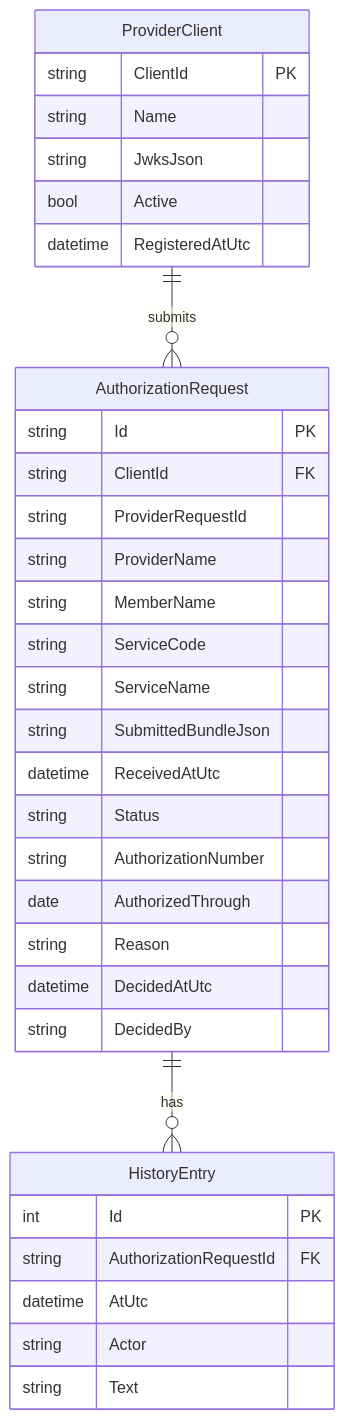
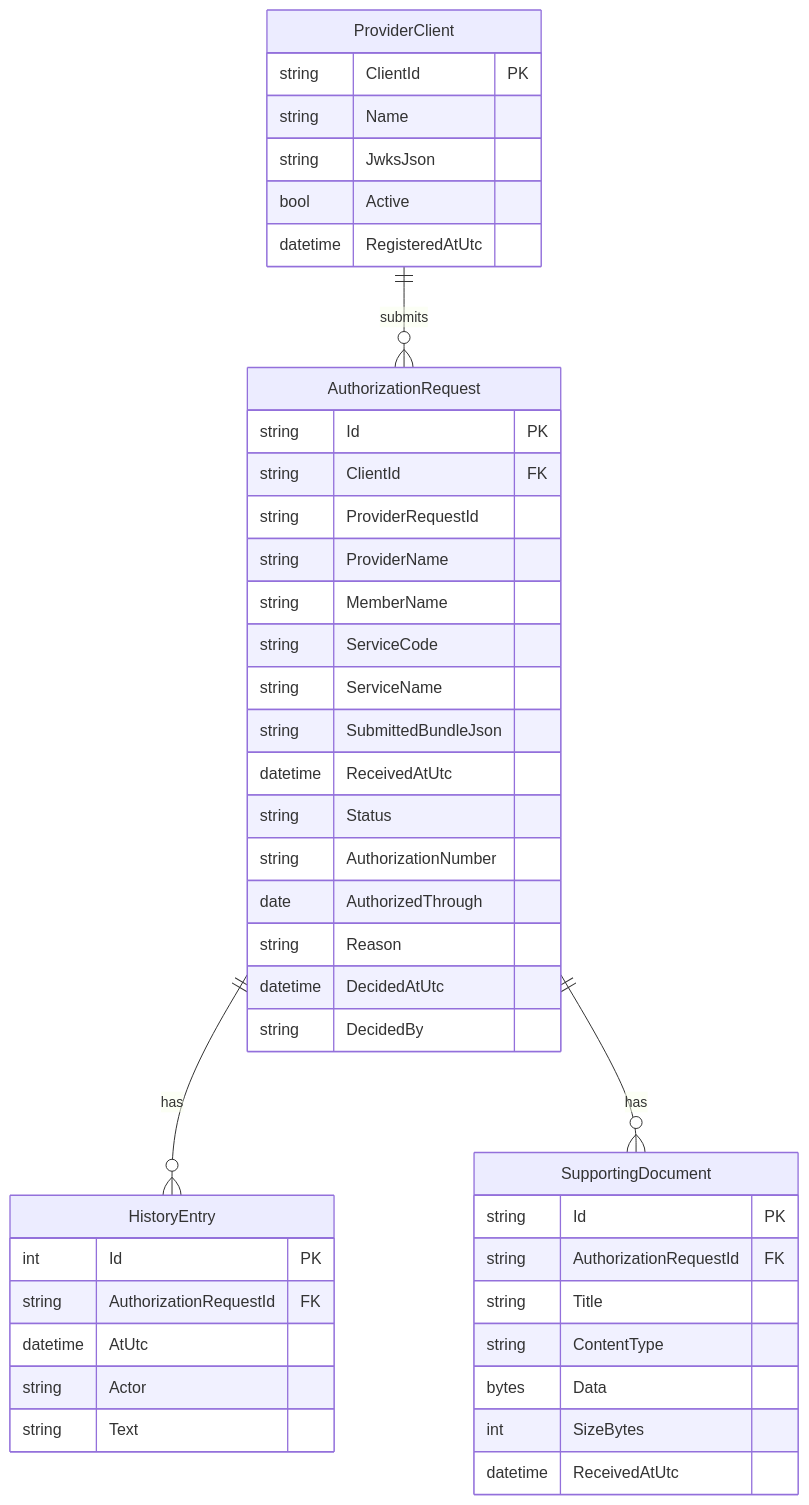
One commit to tngo0508/prior-auth-api changed the fourth of 4 diagrams in docs/02-how-it-works.md. Above: the diagram before and after it, drawn with Mermaid. The commit also changed other lines of this file and 21 other files, not shown here.

````diff
--- a/docs/02-how-it-works.md
+++ b/docs/02-how-it-works.md
@@ -102,36 +104,46 @@
 ```mermaid
 erDiagram
     ProviderClient ||--o{ AuthorizationRequest : submits
     AuthorizationRequest ||--o{ HistoryEntry : has
+    AuthorizationRequest ||--o{ SupportingDocument : has
+    SupportingDocument {
+        string Id PK
+        string AuthorizationRequestId FK
+        string Title
+        string ContentType
+        bytes Data
+        int SizeBytes
+        datetime ReceivedAtUtc
+    }
     ProviderClient {
         string ClientId PK
         string Name
         string JwksJson
         bool Active
         datetime RegisteredAtUtc
     }
     AuthorizationRequest {
         string Id PK
         string ClientId FK
         string ProviderRequestId
         string ProviderName
         string MemberName
         string ServiceCode
         string ServiceName
         string SubmittedBundleJson
         datetime ReceivedAtUtc
         string Status
         string AuthorizationNumber
         date AuthorizedThrough
         string Reason
         datetime DecidedAtUtc
         string DecidedBy
     }
     HistoryEntry {
         int Id PK
         string AuthorizationRequestId FK
         datetime AtUtc
         string Actor
         string Text
     }
 ```
````
